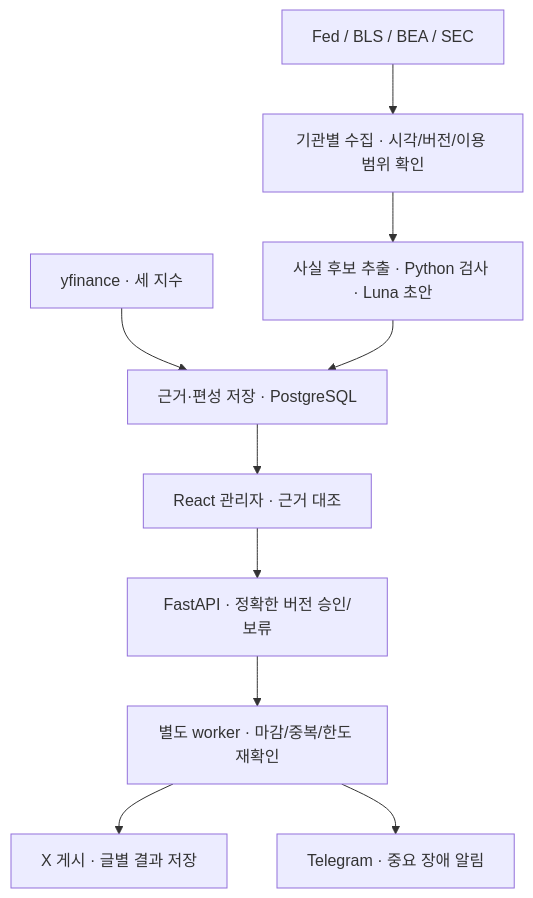
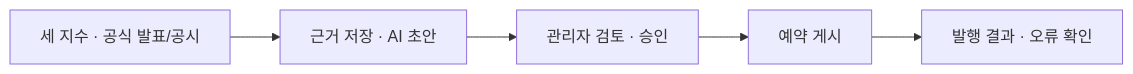
The diagram in tasks/presentations/4주차_개발_계획.md (luvulmi/xfolio), drawn with Mermaid before and after one commit. The commit also changed other lines of this file and 8 other files, not shown here.

````diff
--- a/tasks/presentations/4주차_개발_계획.md
+++ b/tasks/presentations/4주차_개발_계획.md
@@ -31,12 +15,7 @@
 ```mermaid
-flowchart TD
-    M["yfinance · 세 지수"] --> D["근거·편성 저장 · PostgreSQL"]
-    S["Fed / BLS / BEA / SEC"] --> N["기관별 수집 · 시각/버전/이용 범위 확인"]
-    N --> F["사실 후보 추출 · Python 검사 · Luna 초안"]
-    F --> D
-    D --> U["React 관리자 · 근거 대조"]
-    U --> A["FastAPI · 정확한 버전 승인/보류"]
-    A --> W["별도 worker · 마감/중복/한도 재확인"]
-    W --> X["X 게시 · 글별 결과 저장"]
-    W --> T["Telegram · 중요 장애 알림"]
+flowchart LR
+    A["세 지수 · 공식 발표/공시"] --> B["근거 저장 · AI 초안"]
+    B --> C["관리자 검토 · 승인"]
+    C --> D["예약 게시"]
+    D --> E["발행 결과 · 오류 확인"]
 ```
````
